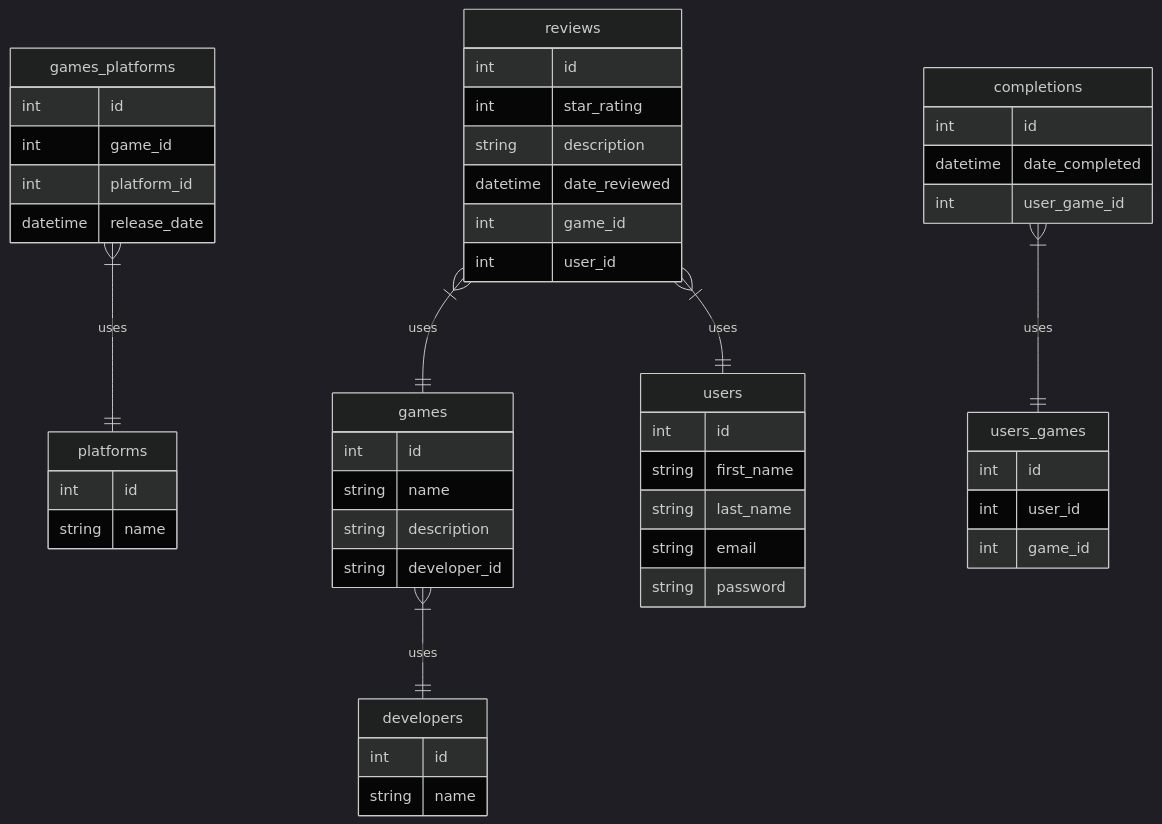
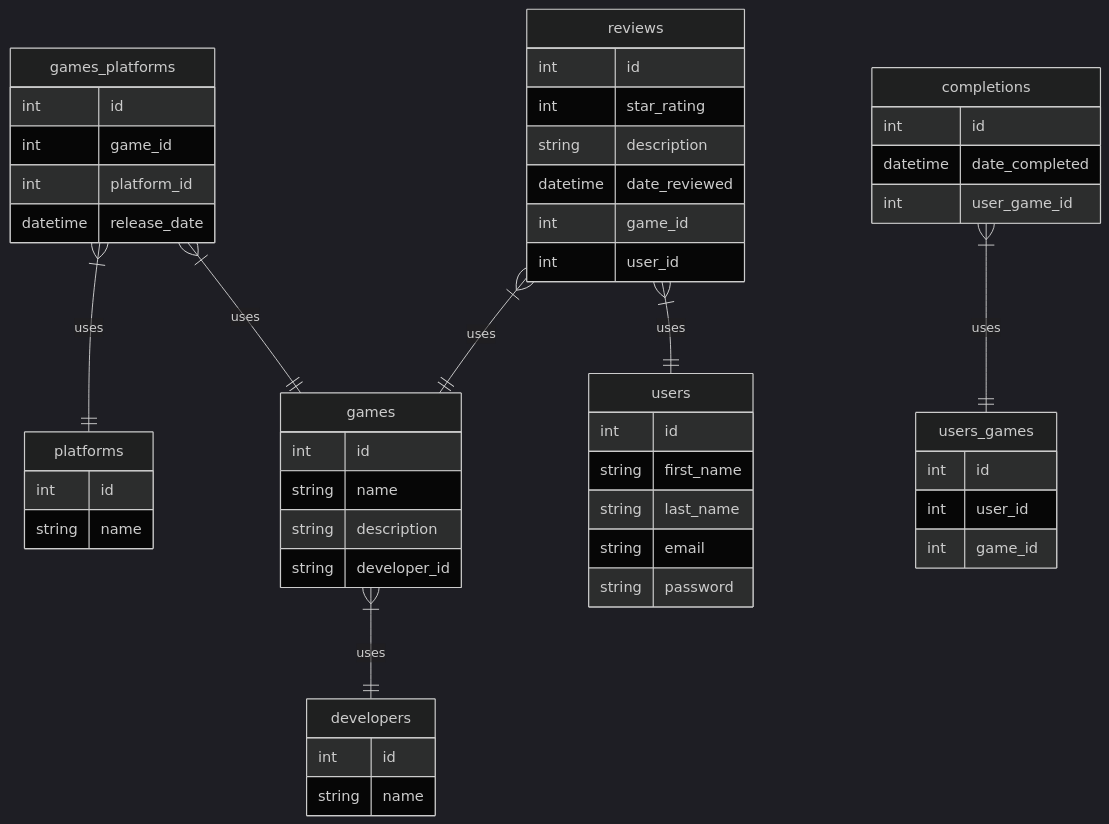
One commit to Haikira/VGLogger changed the second of 2 diagrams in README.md. Above: the diagram before and after it, drawn with Mermaid.

````diff
--- a/README.md
+++ b/README.md
@@ -42,58 +42,59 @@
 ``` mermaid
 %%{init: {'theme': 'dark' } }%%
 
 erDiagram
 
         games {
                 int id
                 string name                
                 string description
                 string developer_id
         }
         platforms {
                 int id
                 string name                
         }
         games_platforms {
                 int id
                 int game_id
                 int platform_id
                 datetime release_date
         }
         users_games {
                 int id
                 int user_id
                 int game_id
         }
         users {
                 int id
                 string first_name
                 string last_name
                 string email
                 string password
         }
         developers {
                 int id
                 string name
         }
         reviews {
                 int id
                 int star_rating
                 string description
                 datetime date_reviewed
                 int game_id
                 int user_id
         }
         completions {
                 int id
                 datetime date_completed
                 int user_game_id
         }
         
         games }|--|| developers: "uses"
         games_platforms }|--|| platforms: "uses"
         reviews }|--|| games: "uses"
         reviews }|--|| users: "uses"        
         completions }|--|| users_games: "uses"
+        games_platforms }|--|| games: "uses"
 
 ```
````
